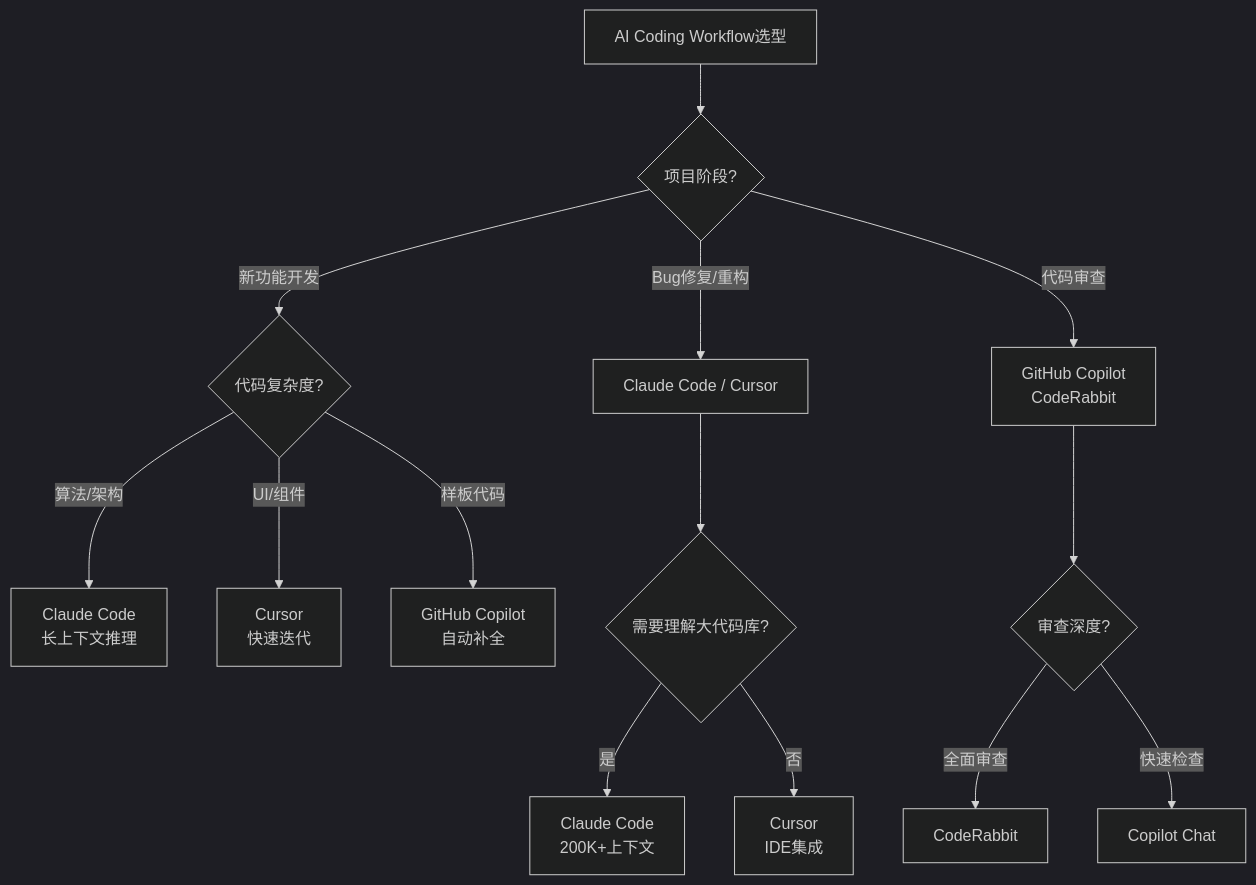
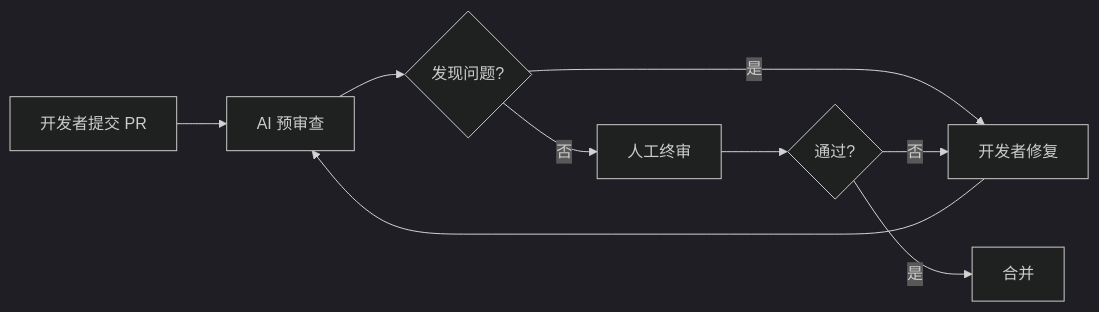
The diagram in 30-knowledge-base/30.4-decision-trees/ai-coding-workflow.md (AdaMartin18010/JavaScriptTypeScript), drawn with Mermaid (dark theme) before and after one commit. The commit also changed other lines of this file and 28 other files, not shown here.

````diff
--- a/30-knowledge-base/30.4-decision-trees/ai-coding-workflow.md
+++ b/30-knowledge-base/30.4-decision-trees/ai-coding-workflow.md
@@ -10,19 +106,11 @@
 ```mermaid
-graph TD
-    A[AI Coding Workflow选型] --> B{项目阶段?}
-    B -->|新功能开发| C{代码复杂度?}
-    B -->|Bug修复/重构| D[Claude Code / Cursor]
-    B -->|代码审查| E[GitHub Copilot<br/>CodeRabbit]
-    
-    C -->|算法/架构| F[Claude Code<br/>长上下文推理]
-    C -->|UI/组件| G[Cursor<br/>快速迭代]
-    C -->|样板代码| H[GitHub Copilot<br/>自动补全]
-    
-    D --> I{需要理解大代码库?}
-    I -->|是| J[Claude Code<br/>200K+上下文]
-    I -->|否| K[Cursor<br/>IDE集成]
-    
-    E --> L{审查深度?}
-    L -->|全面审查| M[CodeRabbit]
-    L -->|快速检查| N[Copilot Chat]
+graph LR
+    A[开发者提交 PR] --> B[AI 预审查]
+    B --> C{发现问题?}
+    C -->|是| D[开发者修复]
+    D --> B
+    C -->|否| E[人工终审]
+    E --> F{通过?}
+    F -->|是| G[合并]
+    F -->|否| D
 ```
````
